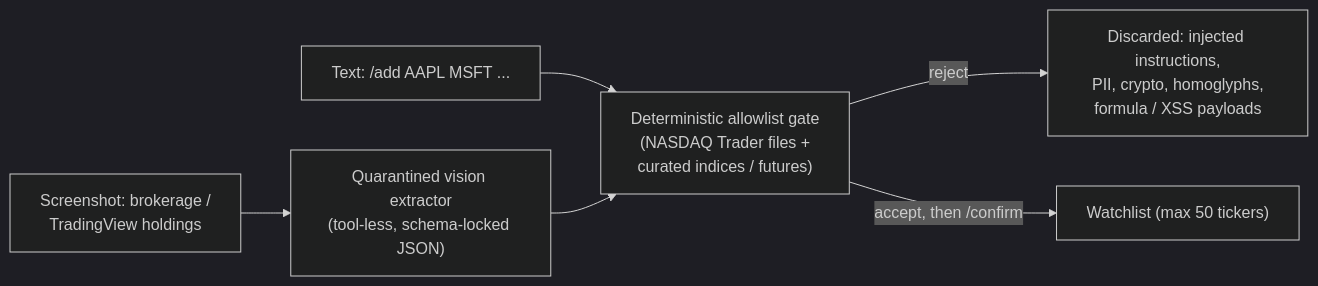
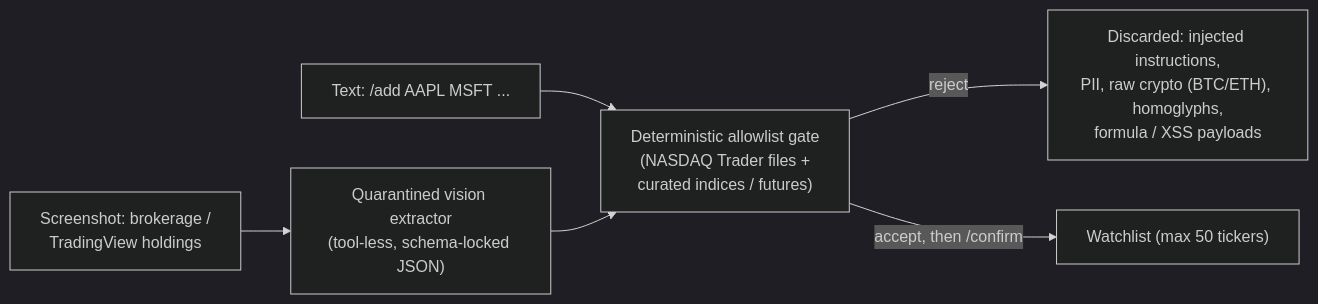
One commit to feifeifeifeifeifeifei/agent-host changed the second of 2 diagrams in README.md. Above: the diagram before and after it, drawn with Mermaid (dark theme). The commit also changed other lines of this file and 1 other file, not shown here.

Commit message:
docs: clarify crypto policy — raw coins rejected, listed crypto ETFs allowed
The guardrail rejects bare coin tickers/pairs (BTC, ETH, DOGE-USD), not
SEC-listed crypto ETFs (IBIT, BITO), which are ordinary NASDAQ/NYSE-listed
securities in the allowlist and tracked like any other ETF. Precise wording
in the "what gets discarded" list + the reject-node label (EN + ZH).

````diff
--- a/README.md
+++ b/README.md
@@ -64,9 +64,9 @@
 ```mermaid
 flowchart LR
     A["Text: /add AAPL MSFT ..."] --> G
     B["Screenshot: brokerage /<br/>TradingView holdings"] --> V["Quarantined vision extractor<br/>(tool-less, schema-locked JSON)"]
     V --> G
     G["Deterministic allowlist gate<br/>(NASDAQ Trader files +<br/>curated indices / futures)"]
-    G -->|reject| R["Discarded: injected instructions,<br/>PII, crypto, homoglyphs,<br/>formula / XSS payloads"]
+    G -->|reject| R["Discarded: injected instructions,<br/>PII, raw crypto (BTC/ETH), homoglyphs,<br/>formula / XSS payloads"]
     G -->|accept, then /confirm| W["Watchlist (max 50 tickers)"]
 ```
````
